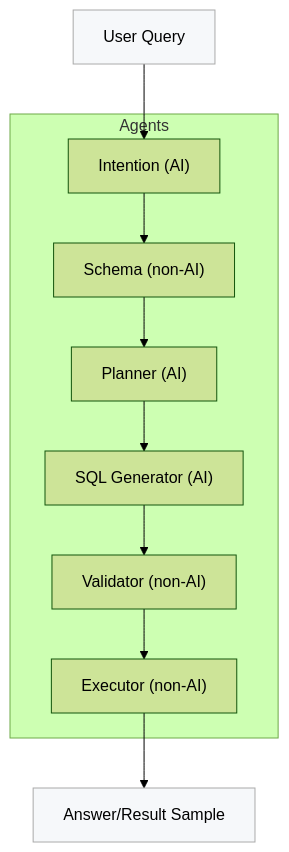
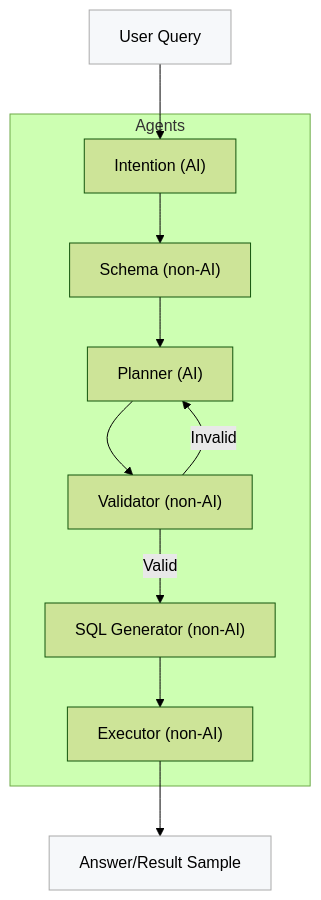
Before and after one commit to nadeem4/nl2sql: the diagram in README.md, drawn with Mermaid (forest theme). The commit also changed other lines of this file and 22 other files, not shown here.

````diff
--- a/README.md
+++ b/README.md
@@ -151,20 +157,21 @@
 ```mermaid
 flowchart TD
   user["User Query"] --> intent["Intention (AI)"]
   intent --> schema["Schema (non-AI)"]
   schema --> planner["Planner (AI)"]
-  planner --> generator["SQL Generator (AI)"]
-  generator --> validator["Validator (non-AI)"]
-  validator --> executor["Executor (non-AI)"]
+  planner --> validator["Validator (non-AI)"]
+  validator -- Valid --> generator["SQL Generator (non-AI)"]
+  validator -- Invalid --> planner
+  generator --> executor["Executor (non-AI)"]
   executor --> answer["Answer/Result Sample"]
   subgraph Agents
     intent
     schema
     planner
+    validator
     generator
-    validator
     executor
   end
   style user fill:#f6f8fa,stroke:#aaa
   style answer fill:#f6f8fa,stroke:#aaa
 ```
````
